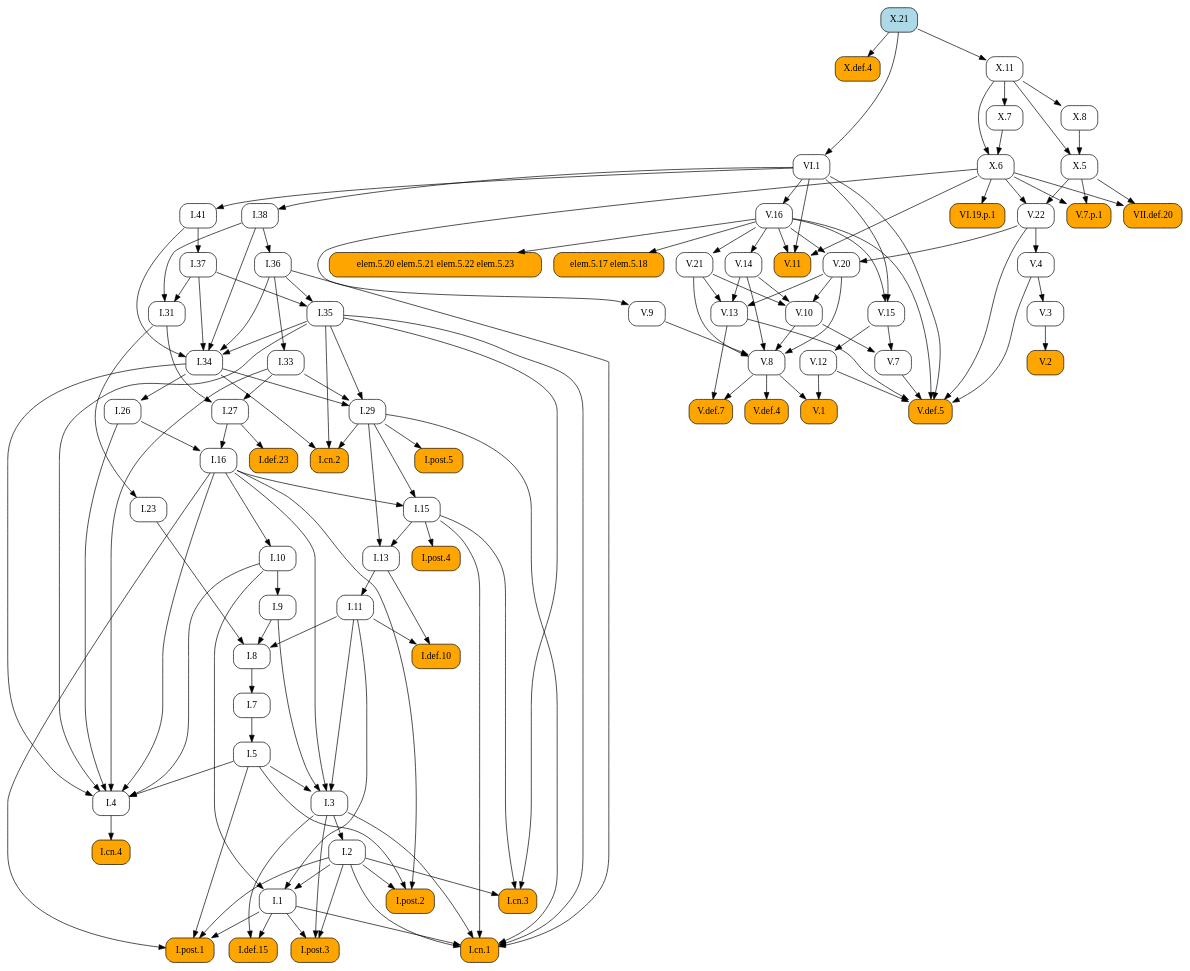
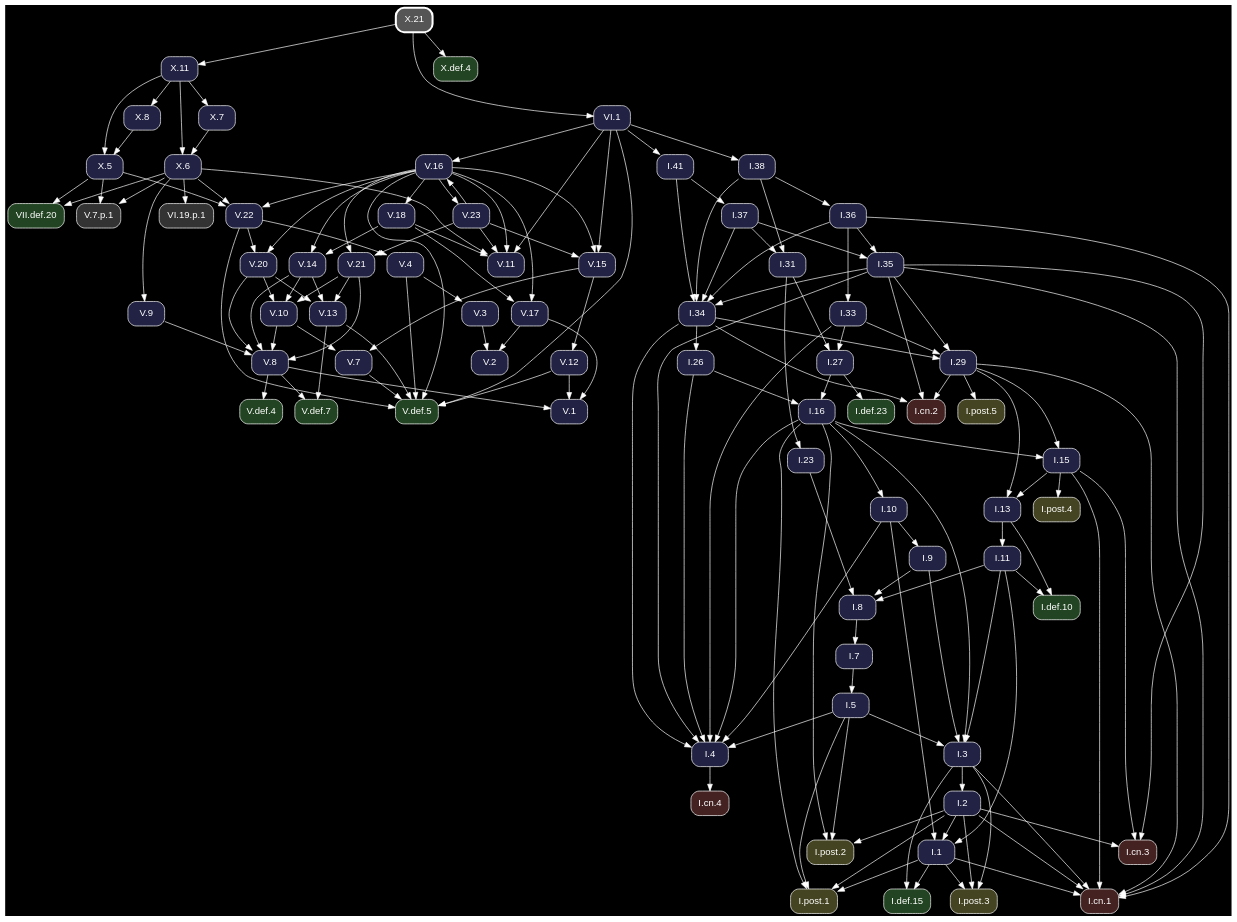
One commit to geometor/elements changed the diagram in docsrc/heath/X/21/index.rst. Above: the diagram before and after it, drawn with Graphviz. The commit also changed other lines of this file and 1200 other files, not shown here.

Commit message:
update dependency graphs

```diff
--- a/docsrc/heath/X/21/index.rst
+++ b/docsrc/heath/X/21/index.rst
@@ -51,131 +51,188 @@
 .. graphviz::
 
    digraph {
+     bgcolor="black";
+     node [shape=box, style="rounded,filled", fontname="Helvetica", color="white", fontcolor="white"];
+     edge [color="white", fontcolor="white"];
      rankdir="TB";
-     node [shape=box, style=rounded];
-     "I.23" [URL="/heath/I/23/", target="_top"];
-     "I.9" [URL="/heath/I/9/", target="_top"];
-     "I.def.15" [style="rounded,filled", fillcolor=orange, URL="/heath/I/def.15/", target="_top"];
-     "V.13" [URL="/heath/V/13/", target="_top"];
-     "V.7" [URL="/heath/V/7/", target="_top"];
-     "elem.5.17 elem.5.18" [style="rounded,filled", fillcolor=orange];
-     "V.7.p.1" [style="rounded,filled", fillcolor=orange];
-     "I.post.1" [style="rounded,filled", fillcolor=orange, URL="/heath/I/post.1/", target="_top"];
-     "V.14" [URL="/heath/V/14/", target="_top"];
-     "X.6" [URL="/heath/X/6/", target="_top"];
-     "V.9" [URL="/heath/V/9/", target="_top"];
-     "I.31" [URL="/heath/I/31/", target="_top"];
-     "V.10" [URL="/heath/V/10/", target="_top"];
-     "I.def.10" [style="rounded,filled", fillcolor=orange, URL="/heath/I/def.10/", target="_top"];
-     "V.4" [URL="/heath/V/4/", target="_top"];
-     "X.def.4" [style="rounded,filled", fillcolor=orange, URL="/heath/X/def.4/", target="_top"];
-     "VI.1" [URL="/heath/VI/1/", target="_top"];
-     "V.11" [style="rounded,filled", fillcolor=orange, URL="/heath/V/11/", target="_top"];
-     "I.34" [URL="/heath/I/34/", target="_top"];
-     "VII.def.20" [style="rounded,filled", fillcolor=orange, URL="/heath/VII/def.20/", target="_top"];
-     "I.3" [URL="/heath/I/3/", target="_top"];
-     "V.def.4" [style="rounded,filled", fillcolor=orange, URL="/heath/V/def.4/", target="_top"];
-     "X.21" [style="rounded,filled", fillcolor=lightblue, URL="/heath/X/21/", target="_top"];
-     "V.def.7" [style="rounded,filled", fillcolor=orange, URL="/heath/V/def.7/", target="_top"];
-     "V.21" [URL="/heath/V/21/", target="_top"];
-     "I.2" [URL="/heath/I/2/", target="_top"];
-     "V.3" [URL="/heath/V/3/", target="_top"];
-     "I.13" [URL="/heath/I/13/", target="_top"];
-     "I.post.4" [style="rounded,filled", fillcolor=orange, URL="/heath/I/post.4/", target="_top"];
-     "I.4" [URL="/heath/I/4/", target="_top"];
-     "I.1" [URL="/heath/I/1/", target="_top"];
-     "I.8" [URL="/heath/I/8/", target="_top"];
-     "I.29" [URL="/heath/I/29/", target="_top"];
-     "I.38" [URL="/heath/I/38/", target="_top"];
-     "V.8" [URL="/heath/V/8/", target="_top"];
-     "I.15" [URL="/heath/I/15/", target="_top"];
-     "I.10" [URL="/heath/I/10/", target="_top"];
-     "I.11" [URL="/heath/I/11/", target="_top"];
-     "I.def.23" [style="rounded,filled", fillcolor=orange, URL="/heath/I/def.23/", target="_top"];
-     "I.26" [URL="/heath/I/26/", target="_top"];
-     "V.16" [URL="/heath/V/16/", target="_top"];
-     "I.33" [URL="/heath/I/33/", target="_top"];
-     "X.11" [URL="/heath/X/11/", target="_top"];
-     "X.8" [URL="/heath/X/8/", target="_top"];
-     "I.post.3" [style="rounded,filled", fillcolor=orange, URL="/heath/I/post.3/", target="_top"];
-     "V.def.5" [style="rounded,filled", fillcolor=orange, URL="/heath/V/def.5/", target="_top"];
-     "V.20" [URL="/heath/V/20/", target="_top"];
-     "I.27" [URL="/heath/I/27/", target="_top"];
-     "V.12" [URL="/heath/V/12/", target="_top"];
-     "I.35" [URL="/heath/I/35/", target="_top"];
-     "I.cn.1" [style="rounded,filled", fillcolor=orange, URL="/heath/I/cn.1/", target="_top"];
-     "V.2" [style="rounded,filled", fillcolor=orange, URL="/heath/V/2/", target="_top"];
-     "I.7" [URL="/heath/I/7/", target="_top"];
-     "I.36" [URL="/heath/I/36/", target="_top"];
-     "X.5" [URL="/heath/X/5/", target="_top"];
-     "I.5" [URL="/heath/I/5/", target="_top"];
-     "I.37" [URL="/heath/I/37/", target="_top"];
-     "VI.19.p.1" [style="rounded,filled", fillcolor=orange];
-     "I.cn.3" [style="rounded,filled", fillcolor=orange, URL="/heath/I/cn.3/", target="_top"];
-     "I.16" [URL="/heath/I/16/", target="_top"];
-     "X.7" [URL="/heath/X/7/", target="_top"];
-     "V.22" [URL="/heath/V/22/", target="_top"];
-     "V.1" [style="rounded,filled", fillcolor=orange, URL="/heath/V/1/", target="_top"];
-     "I.cn.2" [style="rounded,filled", fillcolor=orange, URL="/heath/I/cn.2/", target="_top"];
-     "I.post.5" [style="rounded,filled", fillcolor=orange, URL="/heath/I/post.5/", target="_top"];
-     "I.cn.4" [style="rounded,filled", fillcolor=orange, URL="/heath/I/cn.4/", target="_top"];
-     "I.41" [URL="/heath/I/41/", target="_top"];
-     "V.15" [URL="/heath/V/15/", target="_top"];
-     "I.post.2" [style="rounded,filled", fillcolor=orange, URL="/heath/I/post.2/", target="_top"];
-     "elem.5.20 elem.5.21 elem.5.22 elem.5.23" [style="rounded,filled", fillcolor=orange];
-     "I.31" -> "I.23";
-     "I.10" -> "I.9";
-     "I.1" -> "I.def.15";
-     "I.3" -> "I.def.15";
+     "V.15" [fillcolor="#222244", URL="/heath/V/15/", target="_top"];
+     "X.6" [fillcolor="#222244", URL="/heath/X/6/", target="_top"];
+     "I.cn.1" [fillcolor="#442222", URL="/heath/I/cn.1/", target="_top"];
+     "V.18" [fillcolor="#222244", URL="/heath/V/18/", target="_top"];
+     "V.14" [fillcolor="#222244", URL="/heath/V/14/", target="_top"];
+     "I.27" [fillcolor="#222244", URL="/heath/I/27/", target="_top"];
+     "V.23" [fillcolor="#222244", URL="/heath/V/23/", target="_top"];
+     "I.2" [fillcolor="#222244", URL="/heath/I/2/", target="_top"];
+     "I.41" [fillcolor="#222244", URL="/heath/I/41/", target="_top"];
+     "I.post.4" [fillcolor="#444422", URL="/heath/I/post.4/", target="_top"];
+     "I.26" [fillcolor="#222244", URL="/heath/I/26/", target="_top"];
+     "I.8" [fillcolor="#222244", URL="/heath/I/8/", target="_top"];
+     "V.4" [fillcolor="#222244", URL="/heath/V/4/", target="_top"];
+     "V.16" [fillcolor="#222244", URL="/heath/V/16/", target="_top"];
+     "I.7" [fillcolor="#222244", URL="/heath/I/7/", target="_top"];
+     "I.5" [fillcolor="#222244", URL="/heath/I/5/", target="_top"];
+     "V.11" [fillcolor="#222244", URL="/heath/V/11/", target="_top"];
+     "V.def.4" [fillcolor="#224422", URL="/heath/V/def.4/", target="_top"];
+     "V.20" [fillcolor="#222244", URL="/heath/V/20/", target="_top"];
+     "X.5" [fillcolor="#222244", URL="/heath/X/5/", target="_top"];
+     "I.11" [fillcolor="#222244", URL="/heath/I/11/", target="_top"];
+     "I.37" [fillcolor="#222244", URL="/heath/I/37/", target="_top"];
+     "I.cn.3" [fillcolor="#442222", URL="/heath/I/cn.3/", target="_top"];
+     "I.36" [fillcolor="#222244", URL="/heath/I/36/", target="_top"];
+     "I.38" [fillcolor="#222244", URL="/heath/I/38/", target="_top"];
+     "I.post.2" [fillcolor="#444422", URL="/heath/I/post.2/", target="_top"];
+     "I.def.23" [fillcolor="#224422", URL="/heath/I/def.23/", target="_top"];
+     "X.8" [fillcolor="#222244", URL="/heath/X/8/", target="_top"];
+     "I.35" [fillcolor="#222244", URL="/heath/I/35/", target="_top"];
+     "I.post.3" [fillcolor="#444422", URL="/heath/I/post.3/", target="_top"];
+     "V.13" [fillcolor="#222244", URL="/heath/V/13/", target="_top"];
+     "I.33" [fillcolor="#222244", URL="/heath/I/33/", target="_top"];
+     "V.8" [fillcolor="#222244", URL="/heath/V/8/", target="_top"];
+     "V.10" [fillcolor="#222244", URL="/heath/V/10/", target="_top"];
+     "V.def.5" [fillcolor="#224422", URL="/heath/V/def.5/", target="_top"];
+     "V.22" [fillcolor="#222244", URL="/heath/V/22/", target="_top"];
+     "I.31" [fillcolor="#222244", URL="/heath/I/31/", target="_top"];
+     "I.3" [fillcolor="#222244", URL="/heath/I/3/", target="_top"];
+     "V.12" [fillcolor="#222244", URL="/heath/V/12/", target="_top"];
+     "I.def.10" [fillcolor="#224422", URL="/heath/I/def.10/", target="_top"];
+     "I.15" [fillcolor="#222244", URL="/heath/I/15/", target="_top"];
+     "VII.def.20" [fillcolor="#224422", URL="/heath/VII/def.20/", target="_top"];
+     "X.11" [fillcolor="#222244", URL="/heath/X/11/", target="_top"];
+     "I.13" [fillcolor="#222244", URL="/heath/I/13/", target="_top"];
+     "X.7" [fillcolor="#222244", URL="/heath/X/7/", target="_top"];
+     "X.def.4" [fillcolor="#224422", URL="/heath/X/def.4/", target="_top"];
+     "I.cn.2" [fillcolor="#442222", URL="/heath/I/cn.2/", target="_top"];
+     "I.9" [fillcolor="#222244", URL="/heath/I/9/", target="_top"];
+     "X.21" [penwidth=3, color="white", fillcolor="#555555", URL="/heath/X/21/", target="_top"];
+     "VI.19.p.1" [fillcolor="#333333"];
+     "I.1" [fillcolor="#222244", URL="/heath/I/1/", target="_top"];
+     "I.post.5" [fillcolor="#444422", URL="/heath/I/post.5/", target="_top"];
+     "I.23" [fillcolor="#222244", URL="/heath/I/23/", target="_top"];
+     "I.4" [fillcolor="#222244", URL="/heath/I/4/", target="_top"];
+     "V.7" [fillcolor="#222244", URL="/heath/V/7/", target="_top"];
+     "V.9" [fillcolor="#222244", URL="/heath/V/9/", target="_top"];
+     "VI.1" [fillcolor="#222244", URL="/heath/VI/1/", target="_top"];
+     "I.10" [fillcolor="#222244", URL="/heath/I/10/", target="_top"];
+     "V.def.7" [fillcolor="#224422", URL="/heath/V/def.7/", target="_top"];
+     "I.post.1" [fillcolor="#444422", URL="/heath/I/post.1/", target="_top"];
+     "I.16" [fillcolor="#222244", URL="/heath/I/16/", target="_top"];
+     "I.29" [fillcolor="#222244", URL="/heath/I/29/", target="_top"];
+     "I.cn.4" [fillcolor="#442222", URL="/heath/I/cn.4/", target="_top"];
+     "V.2" [fillcolor="#222244", URL="/heath/V/2/", target="_top"];
+     "V.1" [fillcolor="#222244", URL="/heath/V/1/", target="_top"];
+     "V.21" [fillcolor="#222244", URL="/heath/V/21/", target="_top"];
+     "V.7.p.1" [fillcolor="#333333"];
+     "I.34" [fillcolor="#222244", URL="/heath/I/34/", target="_top"];
+     "I.def.15" [fillcolor="#224422", URL="/heath/I/def.15/", target="_top"];
+     "V.3" [fillcolor="#222244", URL="/heath/V/3/", target="_top"];
+     "V.17" [fillcolor="#222244", URL="/heath/V/17/", target="_top"];
+     "V.16" -> "V.15";
+     "V.23" -> "V.15";
+     "VI.1" -> "V.15";
+     "X.7" -> "X.6";
+     "X.11" -> "X.6";
+     "I.1" -> "I.cn.1";
+     "I.2" -> "I.cn.1";
+     "I.3" -> "I.cn.1";
+     "I.15" -> "I.cn.1";
+     "I.29" -> "I.cn.1";
+     "I.35" -> "I.cn.1";
+     "I.36" -> "I.cn.1";
+     "V.16" -> "V.18";
+     "V.16" -> "V.14";
+     "V.18" -> "V.14";
+     "I.31" -> "I.27";
+     "I.33" -> "I.27";
+     "V.16" -> "V.23";
+     "I.3" -> "I.2";
+     "VI.1" -> "I.41";
+     "I.15" -> "I.post.4";
+     "I.34" -> "I.26";
+     "I.9" -> "I.8";
+     "I.11" -> "I.8";
+     "I.23" -> "I.8";
+     "V.22" -> "V.4";
+     "V.23" -> "V.16";
+     "VI.1" -> "V.16";
+     "I.8" -> "I.7";
+     "I.7" -> "I.5";
+     "V.16" -> "V.11";
+     "V.18" -> "V.11";
+     "V.23" -> "V.11";
+     "VI.1" -> "V.11";
+     "X.6" -> "V.11";
+     "V.8" -> "V.def.4";
+     "V.16" -> "V.20";
+     "V.22" -> "V.20";
+     "X.8" -> "X.5";
+     "X.11" -> "X.5";
+     "I.13" -> "I.11";
+     "I.41" -> "I.37";
+     "I.2" -> "I.cn.3";
+     "I.15" -> "I.cn.3";
+     "I.35" -> "I.cn.3";
+     "I.38" -> "I.36";
+     "VI.1" -> "I.38";
+     "I.2" -> "I.post.2";
+     "I.5" -> "I.post.2";
+     "I.16" -> "I.post.2";
+     "I.27" -> "I.def.23";
+     "X.11" -> "X.8";
+     "I.36" -> "I.35";
+     "I.37" -> "I.35";
+     "I.1" -> "I.post.3";
+     "I.2" -> "I.post.3";
+     "I.3" -> "I.post.3";
      "V.14" -> "V.13";
      "V.20" -> "V.13";
      "V.21" -> "V.13";
-     "V.10" -> "V.7";
-     "V.15" -> "V.7";
-     "V.16" -> "elem.5.17 elem.5.18";
-     "X.5" -> "V.7.p.1";
-     "X.6" -> "V.7.p.1";
-     "I.1" -> "I.post.1";
-     "I.2" -> "I.post.1";
-     "I.5" -> "I.post.1";
-     "I.16" -> "I.post.1";
-     "V.16" -> "V.14";
-     "X.7" -> "X.6";
-     "X.11" -> "X.6";
-     "X.6" -> "V.9";
-     "I.37" -> "I.31";
-     "I.38" -> "I.31";
+     "I.36" -> "I.33";
+     "V.9" -> "V.8";
+     "V.10" -> "V.8";
+     "V.14" -> "V.8";
+     "V.20" -> "V.8";
+     "V.21" -> "V.8";
      "V.14" -> "V.10";
      "V.20" -> "V.10";
      "V.21" -> "V.10";
-     "I.11" -> "I.def.10";
-     "I.13" -> "I.def.10";
-     "V.22" -> "V.4";
-     "X.21" -> "X.def.4";
-     "X.21" -> "VI.1";
-     "V.16" -> "V.11";
-     "VI.1" -> "V.11";
-     "X.6" -> "V.11";
-     "I.35" -> "I.34";
-     "I.36" -> "I.34";
-     "I.37" -> "I.34";
-     "I.38" -> "I.34";
-     "I.41" -> "I.34";
-     "X.5" -> "VII.def.20";
-     "X.6" -> "VII.def.20";
+     "V.4" -> "V.def.5";
+     "V.7" -> "V.def.5";
+     "V.12" -> "V.def.5";
+     "V.13" -> "V.def.5";
+     "V.16" -> "V.def.5";
+     "V.22" -> "V.def.5";
+     "VI.1" -> "V.def.5";
+     "V.16" -> "V.22";
+     "X.5" -> "V.22";
+     "X.6" -> "V.22";
+     "I.37" -> "I.31";
+     "I.38" -> "I.31";
      "I.5" -> "I.3";
      "I.9" -> "I.3";
      "I.11" -> "I.3";
      "I.16" -> "I.3";
-     "V.8" -> "V.def.4";
-     "V.8" -> "V.def.7";
-     "V.13" -> "V.def.7";
-     "V.16" -> "V.21";
-     "I.3" -> "I.2";
-     "V.4" -> "V.3";
+     "V.15" -> "V.12";
+     "I.11" -> "I.def.10";
+     "I.13" -> "I.def.10";
+     "I.16" -> "I.15";
+     "I.29" -> "I.15";
+     "X.5" -> "VII.def.20";
+     "X.6" -> "VII.def.20";
+     "X.21" -> "X.11";
      "I.15" -> "I.13";
      "I.29" -> "I.13";
-     "I.15" -> "I.post.4";
+     "X.11" -> "X.7";
+     "X.21" -> "X.def.4";
+     "I.29" -> "I.cn.2";
+     "I.34" -> "I.cn.2";
+     "I.35" -> "I.cn.2";
+     "I.10" -> "I.9";
+     "X.6" -> "VI.19.p.1";
+     "I.2" -> "I.1";
+     "I.10" -> "I.1";
+     "I.11" -> "I.1";
+     "I.29" -> "I.post.5";
+     "I.31" -> "I.23";
      "I.5" -> "I.4";
      "I.10" -> "I.4";
      "I.16" -> "I.4";
@@ -183,83 +240,40 @@
      "I.33" -> "I.4";
      "I.34" -> "I.4";
      "I.35" -> "I.4";
-     "I.2" -> "I.1";
-     "I.10" -> "I.1";
-     "I.11" -> "I.1";
-     "I.9" -> "I.8";
-     "I.11" -> "I.8";
-     "I.23" -> "I.8";
+     "V.10" -> "V.7";
+     "V.15" -> "V.7";
+     "X.6" -> "V.9";
+     "X.21" -> "VI.1";
+     "I.16" -> "I.10";
+     "V.8" -> "V.def.7";
+     "V.13" -> "V.def.7";
+     "I.1" -> "I.post.1";
+     "I.2" -> "I.post.1";
+     "I.5" -> "I.post.1";
+     "I.16" -> "I.post.1";
+     "I.26" -> "I.16";
+     "I.27" -> "I.16";
      "I.33" -> "I.29";
      "I.34" -> "I.29";
      "I.35" -> "I.29";
-     "VI.1" -> "I.38";
-     "V.9" -> "V.8";
-     "V.10" -> "V.8";
-     "V.14" -> "V.8";
-     "V.20" -> "V.8";
-     "V.21" -> "V.8";
-     "I.16" -> "I.15";
-     "I.29" -> "I.15";
-     "I.16" -> "I.10";
-     "I.13" -> "I.11";
-     "I.27" -> "I.def.23";
-     "I.34" -> "I.26";
-     "VI.1" -> "V.16";
-     "I.36" -> "I.33";
-     "X.21" -> "X.11";
-     "X.11" -> "X.8";
-     "I.1" -> "I.post.3";
-     "I.2" -> "I.post.3";
-     "I.3" -> "I.post.3";
-     "V.4" -> "V.def.5";
-     "V.7" -> "V.def.5";
-     "V.12" -> "V.def.5";
-     "V.13" -> "V.def.5";
-     "V.16" -> "V.def.5";
-     "V.22" -> "V.def.5";
-     "VI.1" -> "V.def.5";
-     "V.16" -> "V.20";
-     "V.22" -> "V.20";
-     "I.31" -> "I.27";
-     "I.33" -> "I.27";
-     "V.15" -> "V.12";
-     "I.36" -> "I.35";
-     "I.37" -> "I.35";
-     "I.1" -> "I.cn.1";
-     "I.2" -> "I.cn.1";
-     "I.3" -> "I.cn.1";
-     "I.15" -> "I.cn.1";
-     "I.29" -> "I.cn.1";
-     "I.35" -> "I.cn.1";
-     "I.36" -> "I.cn.1";
+     "I.4" -> "I.cn.4";
      "V.3" -> "V.2";
-     "I.8" -> "I.7";
-     "I.38" -> "I.36";
-     "X.8" -> "X.5";
-     "X.11" -> "X.5";
-     "I.7" -> "I.5";
-     "I.41" -> "I.37";
-     "X.6" -> "VI.19.p.1";
-     "I.2" -> "I.cn.3";
-     "I.15" -> "I.cn.3";
-     "I.35" -> "I.cn.3";
-     "I.26" -> "I.16";
-     "I.27" -> "I.16";
-     "X.11" -> "X.7";
-     "X.5" -> "V.22";
-     "X.6" -> "V.22";
+     "V.17" -> "V.2";
      "V.8" -> "V.1";
      "V.12" -> "V.1";
-     "I.29" -> "I.cn.2";
-     "I.34" -> "I.cn.2";
-     "I.35" -> "I.cn.2";
-     "I.29" -> "I.post.5";
-     "I.4" -> "I.cn.4";
-     "VI.1" -> "I.41";
-     "V.16" -> "V.15";
-     "VI.1" -> "V.15";
-     "I.2" -> "I.post.2";
-     "I.5" -> "I.post.2";
-     "I.16" -> "I.post.2";
-     "V.16" -> "elem.5.20 elem.5.21 elem.5.22 elem.5.23";
+     "V.17" -> "V.1";
+     "V.16" -> "V.21";
+     "V.23" -> "V.21";
+     "X.5" -> "V.7.p.1";
+     "X.6" -> "V.7.p.1";
+     "I.35" -> "I.34";
+     "I.36" -> "I.34";
+     "I.37" -> "I.34";
+     "I.38" -> "I.34";
+     "I.41" -> "I.34";
+     "I.1" -> "I.def.15";
+     "I.3" -> "I.def.15";
+     "V.4" -> "V.3";
+     "V.16" -> "V.17";
+     "V.18" -> "V.17";
    }
```
